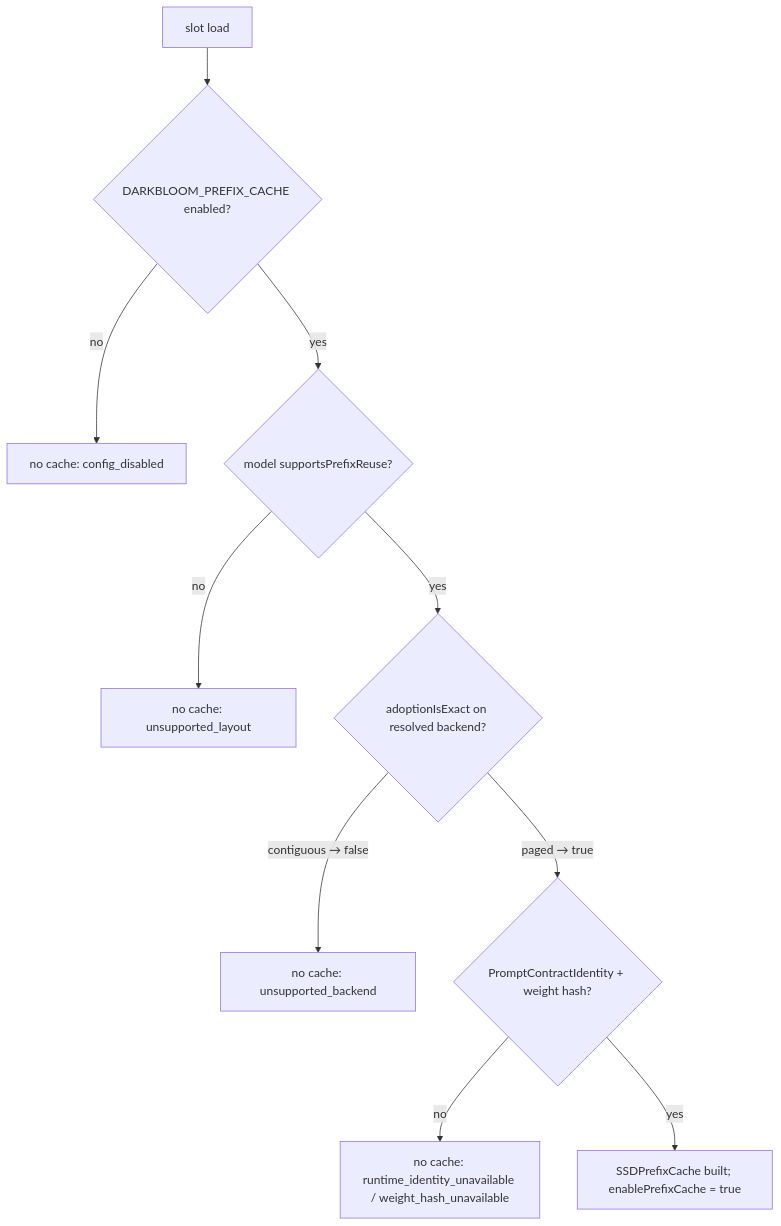
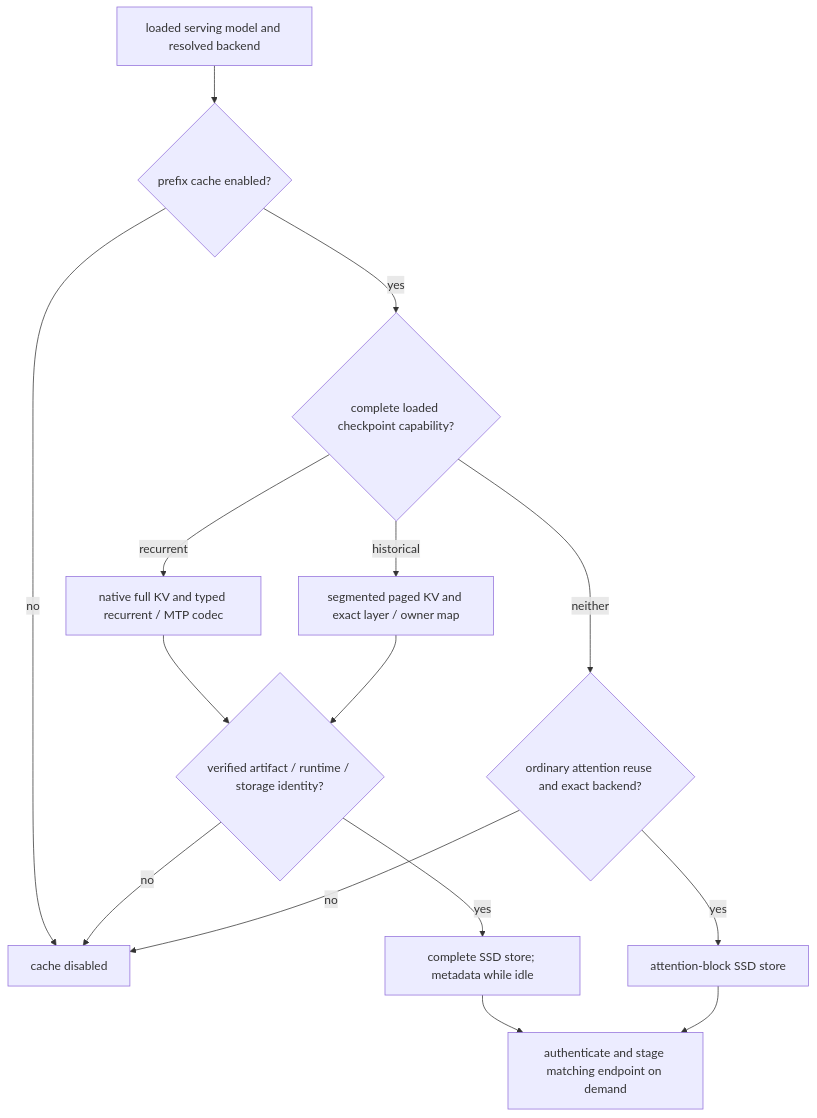
One commit to Layr-Labs/d-inference changed the diagram in docs/architecture/prefix-cache.md. Above: the diagram before and after it, drawn with Mermaid. The commit also changed other lines of this file and 1502 other files, not shown here.

First line of the commit message:
Prepare 0.9.0 paged inference, cache lifecycle and release validation

````diff
--- a/docs/architecture/prefix-cache.md
+++ b/docs/architecture/prefix-cache.md
@@ -107,12 +242,17 @@
 ```mermaid
 flowchart TD
-    A[slot load] --> B{DARKBLOOM_PREFIX_CACHE enabled?}
-    B -- no --> X[no cache: config_disabled]
-    B -- yes --> C{model supportsPrefixReuse?}
-    C -- no --> Y[no cache: unsupported_layout]
-    C -- yes --> D{adoptionIsExact on resolved backend?}
-    D -- contiguous → false --> Z[no cache: unsupported_backend]
-    D -- paged → true --> E{PromptContractIdentity + weight hash?}
-    E -- no --> W[no cache: runtime_identity_unavailable / weight_hash_unavailable]
-    E -- yes --> F[SSDPrefixCache built; enablePrefixCache = true]
+    A[loaded serving model and resolved backend] --> B{prefix cache enabled?}
+    B -- no --> X[cache disabled]
+    B -- yes --> C{complete loaded checkpoint capability?}
+    C -- recurrent --> D[native full KV and typed recurrent / MTP codec]
+    C -- historical --> E[segmented paged KV and exact layer / owner map]
+    D --> F{verified artifact / runtime / storage identity?}
+    E --> F
+    F -- yes --> G[complete SSD store; metadata while idle]
+    F -- no --> X
+    C -- neither --> H{ordinary attention reuse and exact backend?}
+    H -- yes --> I[attention-block SSD store]
+    H -- no --> X
+    G --> J[authenticate and stage matching endpoint on demand]
+    I --> J
 ```
````
